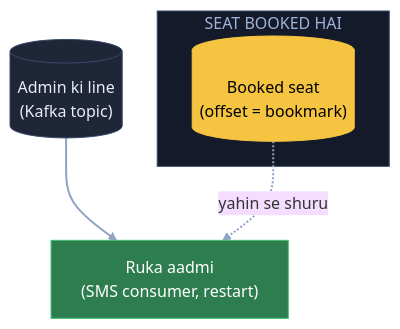
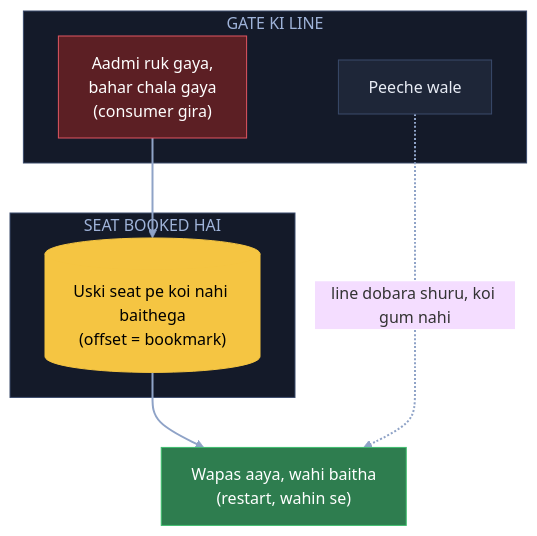
Before and after one commit to ArpanMaheshwari144/Prep: the second of 10 diagrams in 04_HLD/SYSTEM_DESIGNS/12_message_queue_kafka/12_message_queue_kafka.md, drawn with Mermaid (base theme). The commit also changed other lines of this file, not shown here.

Commit message:
Kafka: 10 diagram stadium kahani (hand notes) se; runner / order cancel / min.insync / 5000 fan jaisi apni jodi baatein hatai, K6 pehli soch wapas

````diff
--- a/04_HLD/SYSTEM_DESIGNS/12_message_queue_kafka/12_message_queue_kafka.md
+++ b/04_HLD/SYSTEM_DESIGNS/12_message_queue_kafka/12_message_queue_kafka.md
@@ -68,16 +72,21 @@
 ```mermaid
 flowchart TB
-    K[("Admin ki line<br/>(Kafka topic)")]:::card
-    subgraph BS["SEAT BOOKED HAI"]
-        B[("Booked seat<br/>(offset = bookmark)")]:::pill
+    subgraph LN["GATE KI LINE"]
+        A["Aadmi ruk gaya,<br/>bahar chala gaya<br/>(consumer gira)"]:::bad
+        P["Peeche wale"]:::card
     end
-    S["Ruka aadmi<br/>(SMS consumer, restart)"]:::good
-    K --> S
-    B -. "yahin se shuru" .-> S
+    subgraph SB["SEAT BOOKED HAI"]
+        B[("Uski seat pe koi nahi baithega<br/>(offset = bookmark)")]:::pill
+    end
+    W["Wapas aaya, wahi baitha<br/>(restart, wahin se)"]:::good
+    A --> B
+    B --> W
+    P -. "line dobara shuru, koi gum nahi" .-> W
     linkStyle default stroke:#8fa3c7,stroke-width:2px
     classDef card fill:#1e2638,stroke:#3a4a6b,color:#e8ecf5
     classDef pill fill:#f5c542,stroke:#f5c542,color:#000
     classDef good fill:#2e7d4f,stroke:#3fbf6f,color:#fff
     classDef bad fill:#5c1f24,stroke:#e05561,color:#fff
-    style BS fill:#141a29,stroke:#3a4a6b,color:#9fb3d9
+    style LN fill:#141a29,stroke:#3a4a6b,color:#9fb3d9
+    style SB fill:#141a29,stroke:#3a4a6b,color:#9fb3d9
 ```
````
